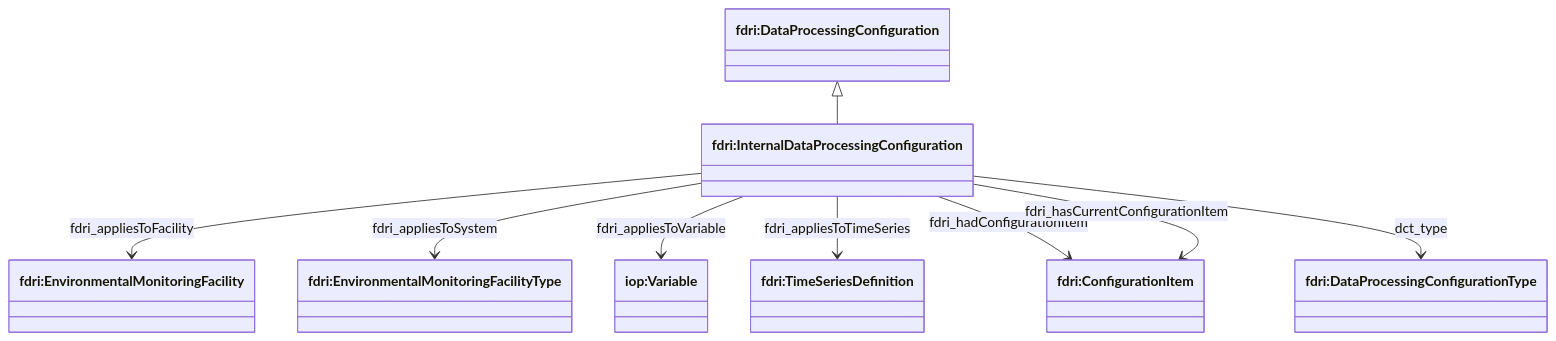
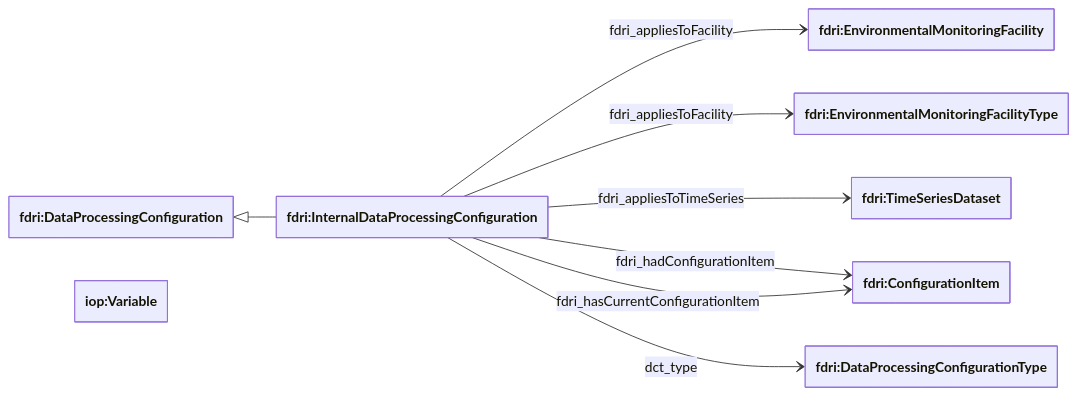
One commit to NERC-CEH/fdri-ontology changed the second of 4 diagrams in doc/data-processing-configurations.md. Above: the diagram before and after it, drawn with Mermaid. The commit also changed other lines of this file, not shown here.

Commit message:
Update data processing config document

````diff
--- a/doc/data-processing-configurations.md
+++ b/doc/data-processing-configurations.md
@@ -31,21 +34,26 @@
 ```mermaid
+---
+  config:
+    class:
+      hideEmptyMembersBox: true
+---
 classDiagram
+  direction LR
   class Plan["fdri:DataProcessingConfiguration"]
   class DPConfig["fdri:InternalDataProcessingConfiguration"]
   class COP["iop:Variable"]
   class EMFType["fdri:EnvironmentalMonitoringFacilityType"]
   class EMF["fdri:EnvironmentalMonitoringFacility"]
   class ConfigurationItem["fdri:ConfigurationItem"]
   class DataProcessingConfigurationType["fdri:DataProcessingConfigurationType"]
-  class TimeSeriesDefinition["fdri:TimeSeriesDefinition"]
+  class TimeSeries["fdri:TimeSeriesDataset"]
 
   Plan <|-- DPConfig
   
   DPConfig --> EMF: fdri_appliesToFacility
-  DPConfig --> EMFType: fdri_appliesToSystem
-  DPConfig --> COP: fdri_appliesToVariable
-  DPConfig --> TimeSeriesDefinition: fdri_appliesToTimeSeries
+  DPConfig --> EMFType: fdri_appliesToFacility
+  DPConfig --> TimeSeries: fdri_appliesToTimeSeries
   DPConfig --> ConfigurationItem: fdri_hadConfigurationItem
   DPConfig --> ConfigurationItem: fdri_hasCurrentConfigurationItem
   DPConfig --> DataProcessingConfigurationType: dct_type
 ```
````
